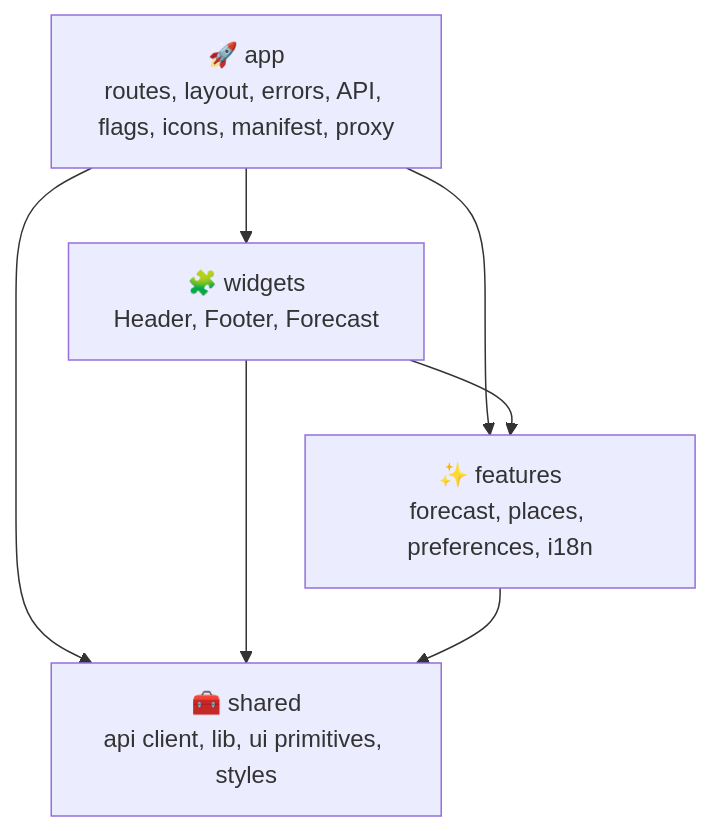
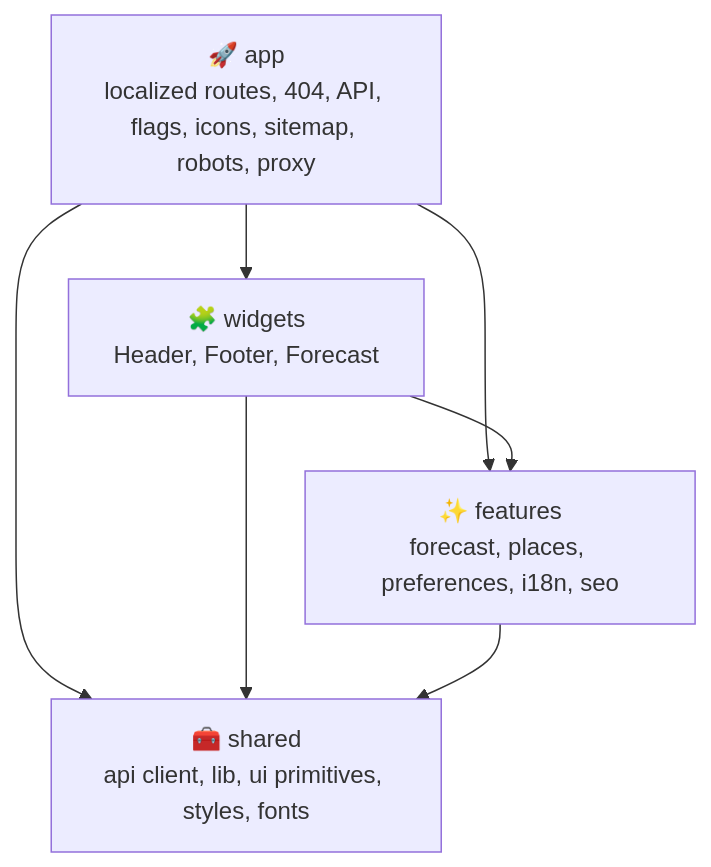
One commit to sacrificed666/next-weather-app changed the first of 4 diagrams in docs/architecture.md. Above: the diagram before and after it, drawn with Mermaid. The commit also changed other lines of this file and 14 other files, not shown here.

Commit message:
docs: describe localized routes, SEO, accessibility and end-to-end tests

````diff
--- a/docs/architecture.md
+++ b/docs/architecture.md
@@ -19,14 +19,14 @@
 ```mermaid
 flowchart TB
-  app["🚀 app<br/>routes, layout, errors, API, flags, icons, manifest, proxy"]
+  app["🚀 app<br/>localized routes, 404, API, flags, icons, sitemap, robots, proxy"]
   widgets["🧩 widgets<br/>Header, Footer, Forecast"]
-  features["✨ features<br/>forecast, places, preferences, i18n"]
-  shared["🧰 shared<br/>api client, lib, ui primitives, styles"]
+  features["✨ features<br/>forecast, places, preferences, i18n, seo"]
+  shared["🧰 shared<br/>api client, lib, ui primitives, styles, fonts"]
 
   app --> widgets
   app --> features
   app --> shared
   widgets --> features
   widgets --> shared
   features --> shared
 ```
````
